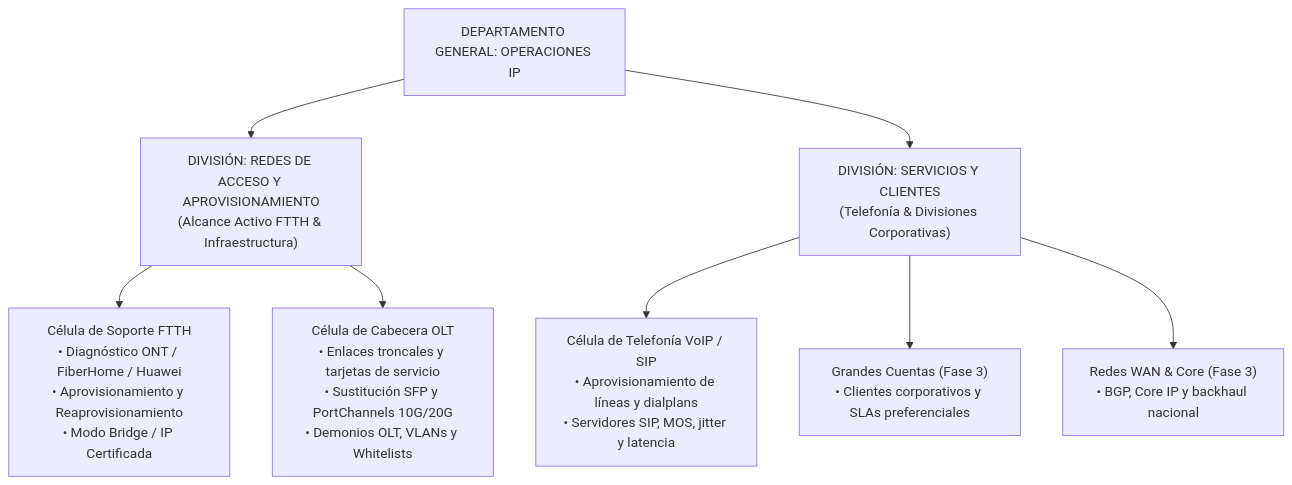
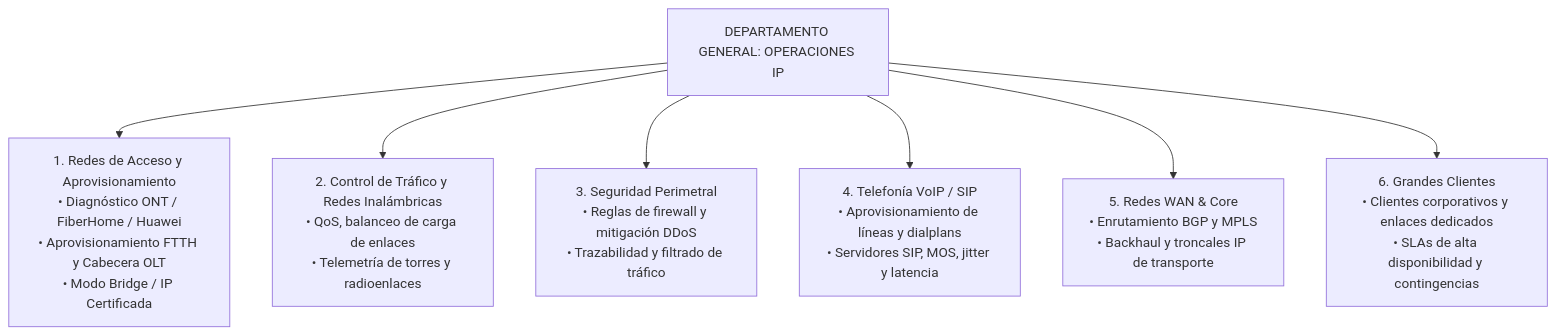
One commit to joseacorobo/PortalInterIp changed the first of 2 diagrams in docs/contexto_general.md. Above: the diagram before and after it, drawn with Mermaid. The commit also changed 27 other files, not shown here.

````diff
--- a/docs/contexto_general.md
+++ b/docs/contexto_general.md
@@ -21,12 +21,9 @@
 ```mermaid
 graph TD
-    A["DEPARTAMENTO GENERAL: OPERACIONES IP"] --> B["DIVISIÓN: REDES DE ACCESO Y APROVISIONAMIENTO<br>(Alcance Activo FTTH & Infraestructura)"]
-    A --> C["DIVISIÓN: SERVICIOS Y CLIENTES<br>(Telefonía & Divisiones Corporativas)"]
-
-    B --> B1["Célula de Soporte FTTH<br>• Diagnóstico ONT / FiberHome / Huawei<br>• Aprovisionamiento y Reaprovisionamiento<br>• Modo Bridge / IP Certificada"]
-    B --> B2["Célula de Cabecera OLT<br>• Enlaces troncales y tarjetas de servicio<br>• Sustitución SFP y PortChannels 10G/20G<br>• Demonios OLT, VLANs y Whitelists"]
-
-    C --> C1["Célula de Telefonía VoIP / SIP<br>• Aprovisionamiento de líneas y dialplans<br>• Servidores SIP, MOS, jitter y latencia"]
-    C --> C2["Grandes Cuentas (Fase 3)<br>• Clientes corporativos y SLAs preferenciales"]
-    C --> C3["Redes WAN & Core (Fase 3)<br>• BGP, Core IP y backhaul nacional"]
+    A["DEPARTAMENTO GENERAL: OPERACIONES IP"] --> D1["1. Redes de Acceso y Aprovisionamiento<br>• Diagnóstico ONT / FiberHome / Huawei<br>• Aprovisionamiento FTTH y Cabecera OLT<br>• Modo Bridge / IP Certificada"]
+    A --> D2["2. Control de Tráfico y Redes Inalámbricas<br>• QoS, balanceo de carga de enlaces<br>• Telemetría de torres y radioenlaces"]
+    A --> D3["3. Seguridad Perimetral<br>• Reglas de firewall y mitigación DDoS<br>• Trazabilidad y filtrado de tráfico"]
+    A --> D4["4. Telefonía VoIP / SIP<br>• Aprovisionamiento de líneas y dialplans<br>• Servidores SIP, MOS, jitter y latencia"]
+    A --> D5["5. Redes WAN & Core<br>• Enrutamiento BGP y MPLS<br>• Backhaul y troncales IP de transporte"]
+    A --> D6["6. Grandes Clientes<br>• Clientes corporativos y enlaces dedicados<br>• SLAs de alta disponibilidad y contingencias"]
 ```
````
